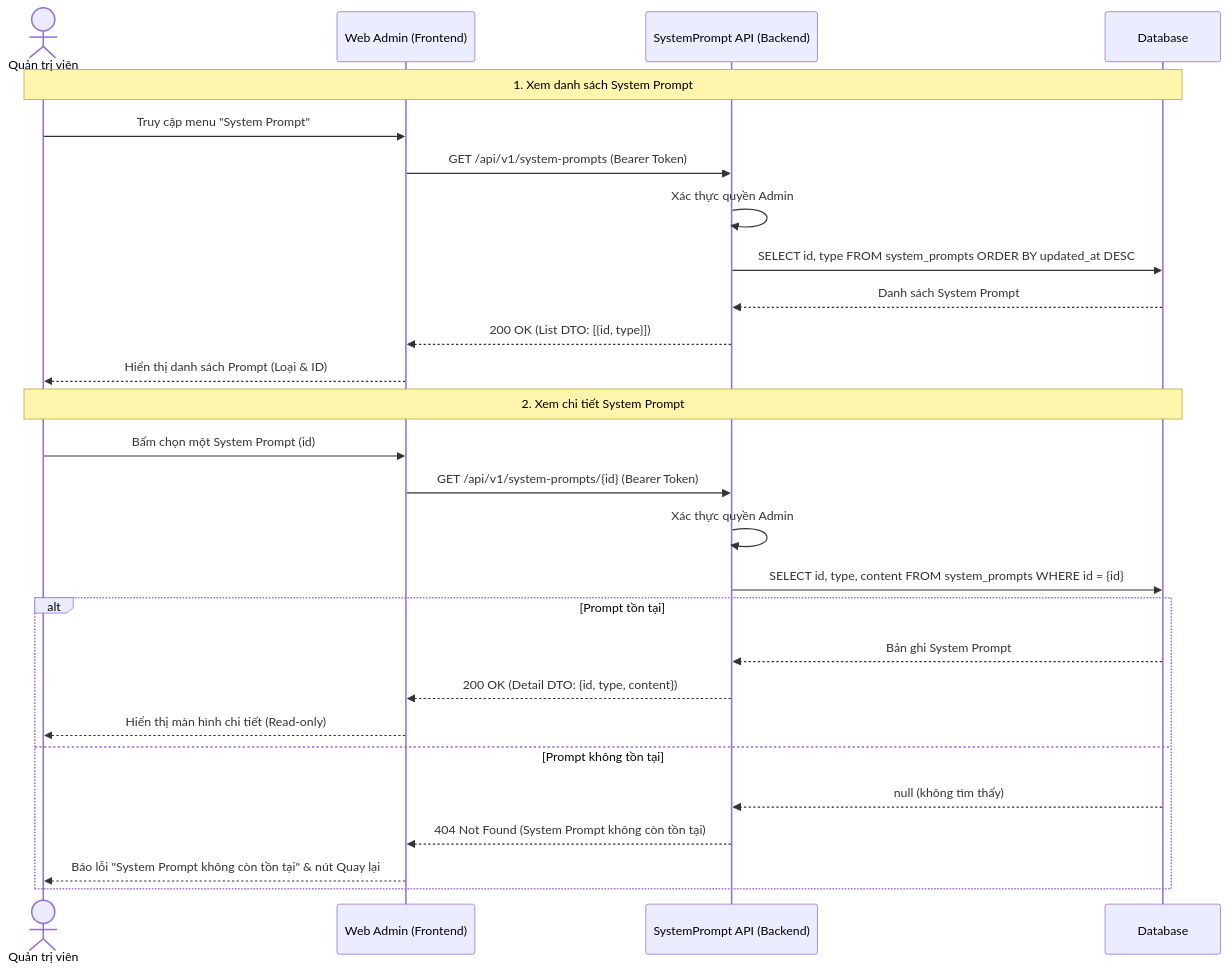
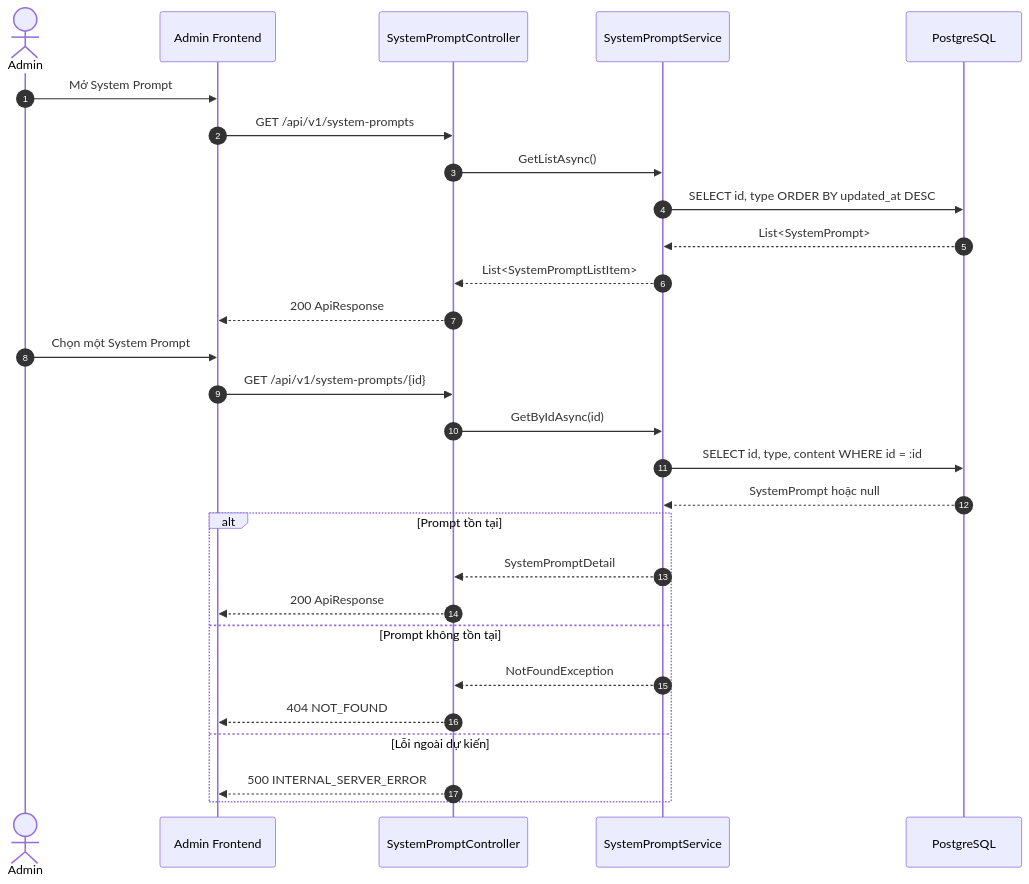
The second of 4 diagrams in hoa-theo-mua-ai-marketing/TDD/TDD-003-ViewSystemPromptsListAndDetail.md (161seconds/document-first-brief), drawn with Mermaid before and after one commit. The commit also changed other lines of this file and 44 other files, not shown here.

Commit message:
feat: initialize database schema documentation and comprehensive TDD suites for AI marketing features

````diff
--- a/hoa-theo-mua-ai-marketing/TDD/TDD-003-ViewSystemPromptsListAndDetail.md
+++ b/hoa-theo-mua-ai-marketing/TDD/TDD-003-ViewSystemPromptsListAndDetail.md
@@ -58,33 +65,32 @@
 ```mermaid
 sequenceDiagram
-    actor Admin as Quản trị viên
-    participant FE as Web Admin (Frontend)
-    participant BE as SystemPrompt API (Backend)
-    participant DB as Database
+    autonumber
+    actor Admin
+    participant FE as Admin Frontend
+    participant C as SystemPromptController
+    participant S as SystemPromptService
+    participant DB as PostgreSQL
 
-    %% Luồng 1: Xem danh sách
-    Note over Admin, DB: 1. Xem danh sách System Prompt
-    Admin->>FE: Truy cập menu "System Prompt"
-    FE->>BE: GET /api/v1/system-prompts (Bearer Token)
-    BE->>BE: Xác thực quyền Admin
-    BE->>DB: SELECT id, type FROM system_prompts ORDER BY updated_at DESC
-    DB-->>BE: Danh sách System Prompt
-    BE-->>FE: 200 OK (List DTO: [{id, type}])
-    FE-->>Admin: Hiển thị danh sách Prompt (Loại & ID)
+    Admin->>FE: Mở System Prompt
+    FE->>C: GET /api/v1/system-prompts
+    C->>S: GetListAsync()
+    S->>DB: SELECT id, type ORDER BY updated_at DESC
+    DB-->>S: List<SystemPrompt>
+    S-->>C: List<SystemPromptListItem>
+    C-->>FE: 200 ApiResponse
 
-    %% Luồng 2: Xem chi tiết
-    Note over Admin, DB: 2. Xem chi tiết System Prompt
-    Admin->>FE: Bấm chọn một System Prompt (id)
-    FE->>BE: GET /api/v1/system-prompts/{id} (Bearer Token)
-    BE->>BE: Xác thực quyền Admin
-    BE->>DB: SELECT id, type, content FROM system_prompts WHERE id = {id}
+    Admin->>FE: Chọn một System Prompt
+    FE->>C: GET /api/v1/system-prompts/{id}
+    C->>S: GetByIdAsync(id)
+    S->>DB: SELECT id, type, content WHERE id = :id
+    DB-->>S: SystemPrompt hoặc null
     alt Prompt tồn tại
-        DB-->>BE: Bản ghi System Prompt
-        BE-->>FE: 200 OK (Detail DTO: {id, type, content})
-        FE-->>Admin: Hiển thị màn hình chi tiết (Read-only)
+        S-->>C: SystemPromptDetail
+        C-->>FE: 200 ApiResponse
     else Prompt không tồn tại
-        DB-->>BE: null (không tìm thấy)
-        BE-->>FE: 404 Not Found (System Prompt không còn tồn tại)
-        FE-->>Admin: Báo lỗi "System Prompt không còn tồn tại" & nút Quay lại
+        S-->>C: NotFoundException
+        C-->>FE: 404 NOT_FOUND
+    else Lỗi ngoài dự kiến
+        C-->>FE: 500 INTERNAL_SERVER_ERROR
     end
 ```
````
